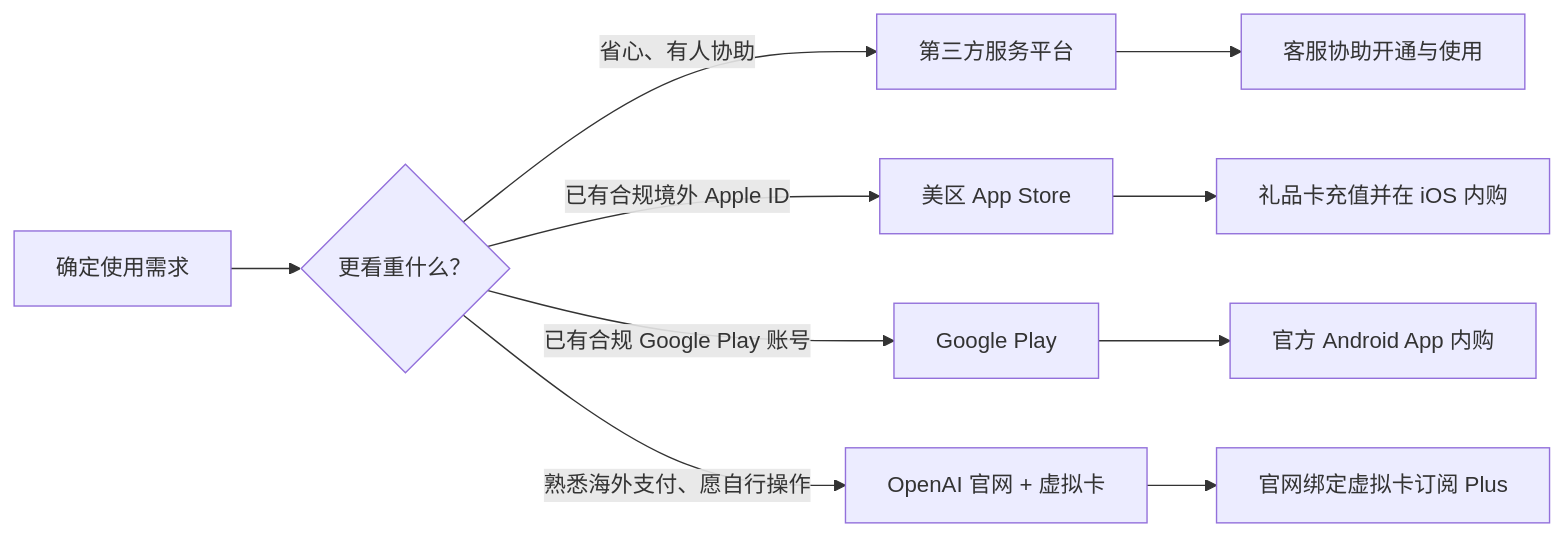
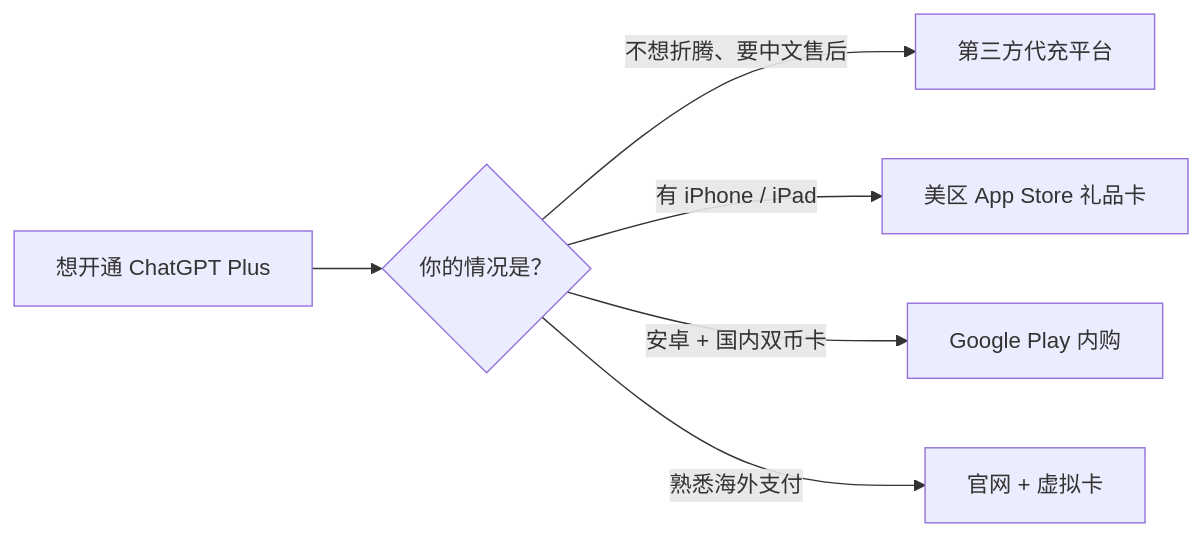
Before and after one commit to ziyang0116/gpt-plus-daichong: the diagram in README.md, drawn with Mermaid. The commit also changed other lines of this file, not shown here.

Commit message:
docs: 整体改版，收敛 12gpt.com 推广语气

````diff
--- a/README.md
+++ b/README.md
@@ -5,12 +5,8 @@
 ```mermaid
 flowchart LR
-    A[确定使用需求] --> B{更看重什么？}
-    B -->|省心、有人协助| C[第三方服务平台]
-    B -->|已有合规境外 Apple ID| D[美区 App Store]
-    B -->|已有合规 Google Play 账号| E[Google Play]
-    B -->|熟悉海外支付、愿自行操作| I[OpenAI 官网 + 虚拟卡]
-    C --> F[客服协助开通与使用]
-    D --> G[礼品卡充值并在 iOS 内购]
-    E --> H[官方 Android App 内购]
-    I --> J[官网绑定虚拟卡订阅 Plus]
+    A[想开通 ChatGPT Plus] --> B{你的情况是？}
+    B -->|不想折腾、要中文售后| C[第三方代充平台]
+    B -->|有 iPhone / iPad| D[美区 App Store 礼品卡]
+    B -->|安卓 + 国内双币卡| E[Google Play 内购]
+    B -->|熟悉海外支付| I[官网 + 虚拟卡]
 ```
````
